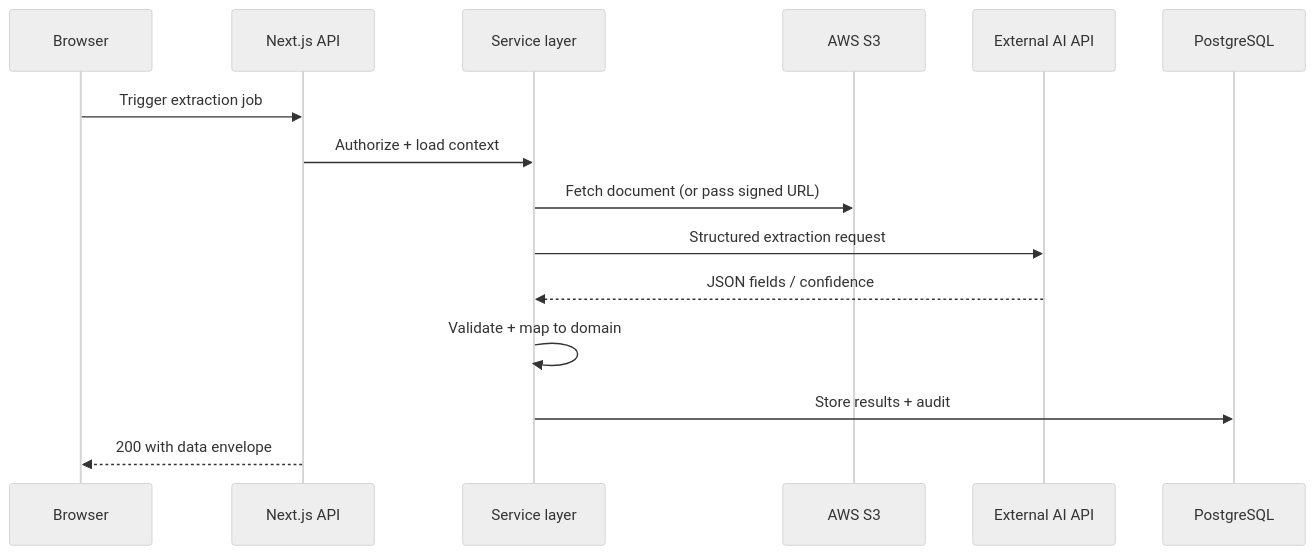
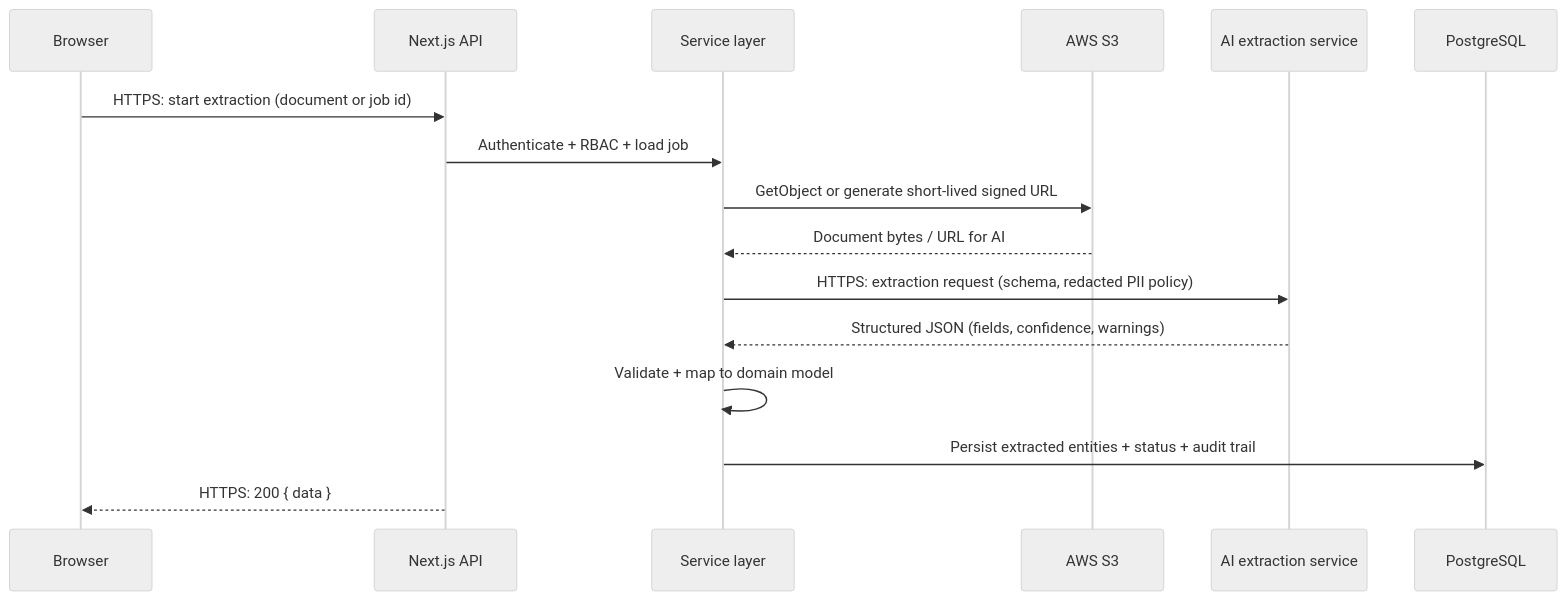
Before and after one commit to Jayshen11/ndis-invoicing: the fourth of 4 diagrams in docs/architecture.md, drawn with Mermaid (neutral theme). The commit also changed other lines of this file and 23 other files, not shown here.

````diff
--- a/docs/architecture.md
+++ b/docs/architecture.md
@@ -79,18 +99,19 @@
 ```mermaid
 sequenceDiagram
   participant B as Browser
   participant API as Next.js API
   participant SVC as Service layer
   participant S3 as AWS S3
-  participant AI as External AI API
+  participant AI as AI extraction service
   participant DB as PostgreSQL
 
-  B->>API: Trigger extraction job
-  API->>SVC: Authorize + load context
-  SVC->>S3: Fetch document (or pass signed URL)
-  SVC->>AI: Structured extraction request
-  AI-->>SVC: JSON fields / confidence
-  SVC->>SVC: Validate + map to domain
-  SVC->>DB: Store results + audit
-  API-->>B: 200 with data envelope
+  B->>API: HTTPS: start extraction (document or job id)
+  API->>SVC: Authenticate + RBAC + load job
+  SVC->>S3: GetObject or generate short-lived signed URL
+  S3-->>SVC: Document bytes / URL for AI
+  SVC->>AI: HTTPS: extraction request (schema, redacted PII policy)
+  AI-->>SVC: Structured JSON (fields, confidence, warnings)
+  SVC->>SVC: Validate + map to domain model
+  SVC->>DB: Persist extracted entities + status + audit trail
+  API-->>B: HTTPS: 200 { data }
 ```
````
